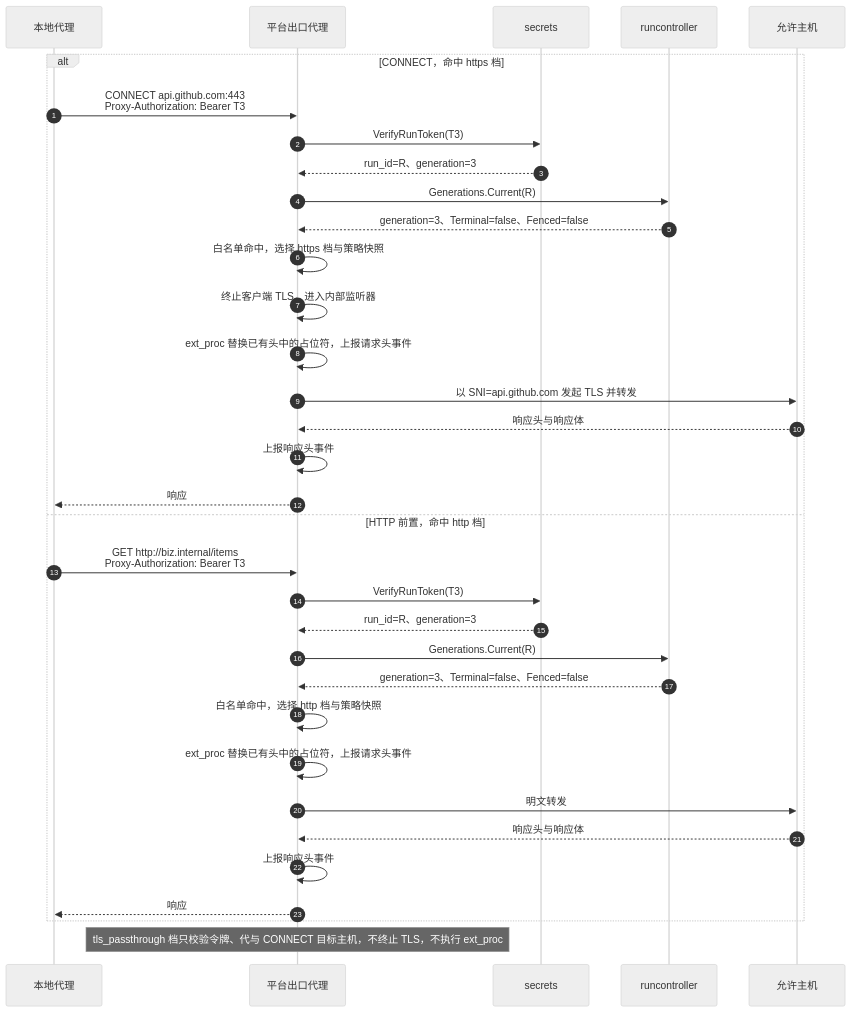
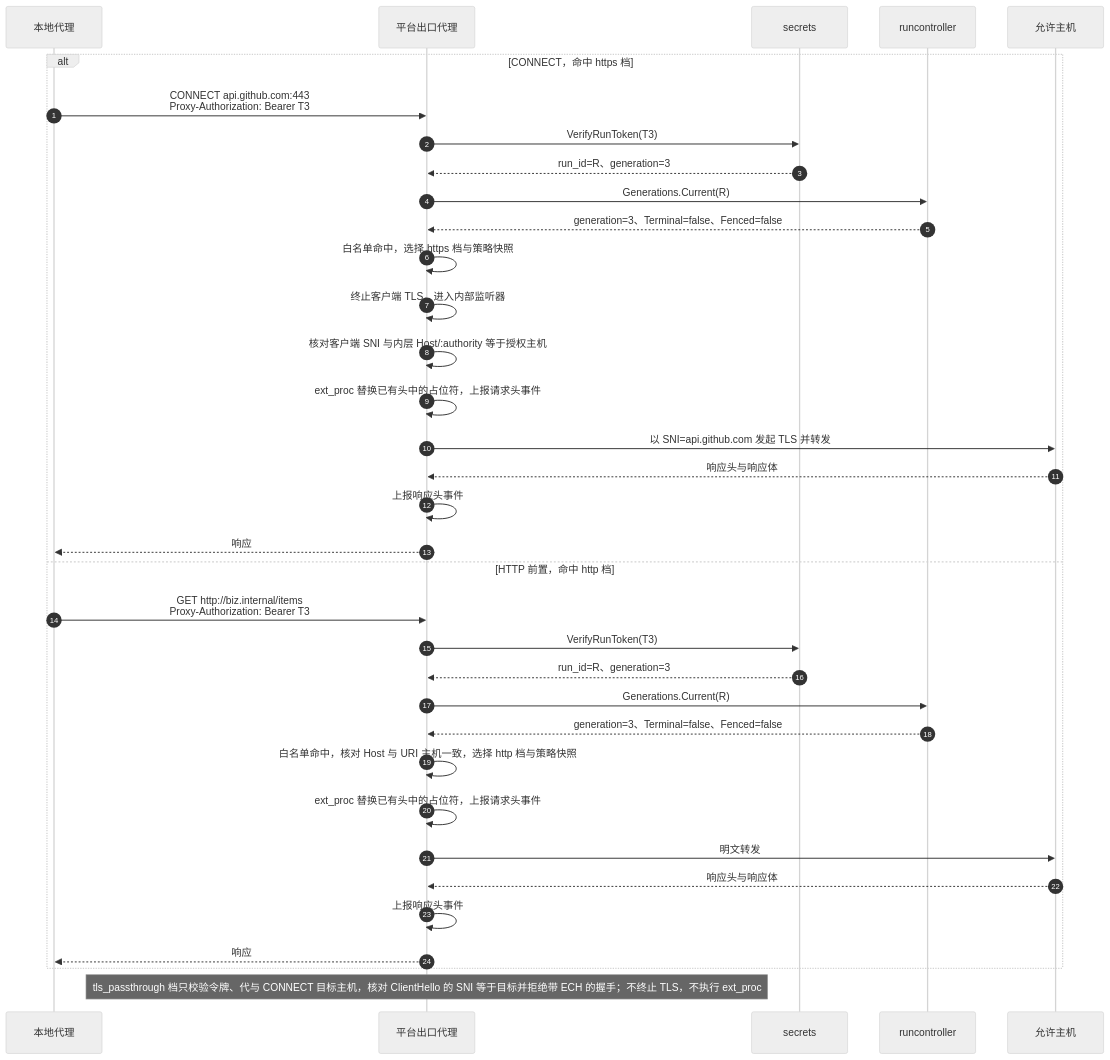
The second of 3 diagrams in docs/design/modules/connectorhub/design-connectorhub-egress.md (wangzw/castworks), drawn with Mermaid (neutral theme) before and after one commit. The commit also changed other lines of this file and 29 other files, not shown here.

````diff
--- a/docs/design/modules/connectorhub/design-connectorhub-egress.md
+++ b/docs/design/modules/connectorhub/design-connectorhub-egress.md
@@ -132,36 +136,37 @@
 ```mermaid
 sequenceDiagram
     autonumber
     participant LP as 本地代理
     participant E as 平台出口代理
     participant S as secrets
     participant R as runcontroller
     participant U as 允许主机
     alt CONNECT，命中 https 档
         LP->>E: CONNECT api.github.com:443<br/>Proxy-Authorization: Bearer T3
         E->>S: VerifyRunToken(T3)
         S-->>E: run_id=R、generation=3
         E->>R: Generations.Current(R)
         R-->>E: generation=3、Terminal=false、Fenced=false
         E->>E: 白名单命中，选择 https 档与策略快照
         E->>E: 终止客户端 TLS，进入内部监听器
+        E->>E: 核对客户端 SNI 与内层 Host/:authority 等于授权主机
         E->>E: ext_proc 替换已有头中的占位符，上报请求头事件
         E->>U: 以 SNI=api.github.com 发起 TLS 并转发
         U-->>E: 响应头与响应体
         E->>E: 上报响应头事件
         E-->>LP: 响应
     else HTTP 前置，命中 http 档
         LP->>E: GET http://biz.internal/items<br/>Proxy-Authorization: Bearer T3
         E->>S: VerifyRunToken(T3)
         S-->>E: run_id=R、generation=3
         E->>R: Generations.Current(R)
         R-->>E: generation=3、Terminal=false、Fenced=false
-        E->>E: 白名单命中，选择 http 档与策略快照
+        E->>E: 白名单命中，核对 Host 与 URI 主机一致，选择 http 档与策略快照
         E->>E: ext_proc 替换已有头中的占位符，上报请求头事件
         E->>U: 明文转发
         U-->>E: 响应头与响应体
         E->>E: 上报响应头事件
         E-->>LP: 响应
     end
-    Note over E: tls_passthrough 档只校验令牌、代与 CONNECT 目标主机，不终止 TLS，不执行 ext_proc
+    Note over E: tls_passthrough 档只校验令牌、代与 CONNECT 目标主机，核对 ClientHello 的 SNI 等于目标并拒绝带 ECH 的握手；不终止 TLS，不执行 ext_proc
 ```
````
